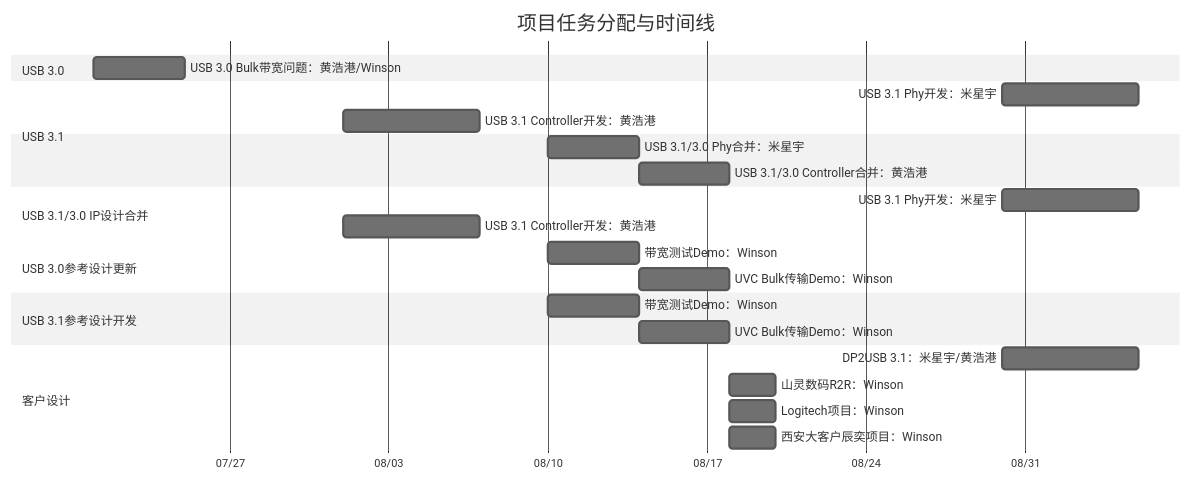
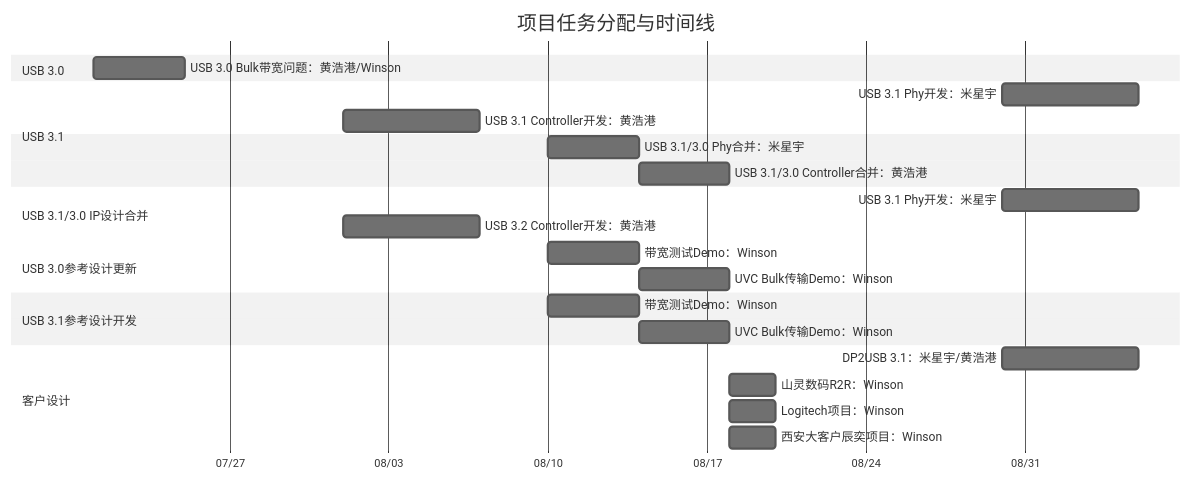
The diagram in all/未命名.md (winsonbook/iodraw-files), drawn with Mermaid (neutral theme) before and after one commit.

Commit message:
2025-07-21 10:07:55 update

````diff
--- a/all/未命名.md
+++ b/all/未命名.md
@@ -1,35 +1,35 @@
 ```mermaid
 gantt
     title 项目任务分配与时间线
     dateFormat  YYYY-MM-DD
     axisFormat  %m/%d
 
     section USB 3.0
     USB 3.0 Bulk带宽问题：黄浩港/Winson   :    task1, 2025-07-21, 4d
 
     section USB 3.1
     USB 3.1 Phy开发：米星宇      :         task2, 2025-08-30, 6d
     USB 3.1 Controller开发：黄浩港      :  task3, 2025-08-01, 6d
 
     section USB 3.1/3.0 IP设计合并
     USB 3.1/3.0 Phy合并：米星宇       :    task4, 2025-08-10, 4d
     USB 3.1/3.0 Controller合并：黄浩港:    task5, 2025-08-14, 4d
 
-        section USB 3.1
+    section USB 3.1
     USB 3.1 Phy开发：米星宇      :         task2, 2025-08-30, 6d
-    USB 3.1 Controller开发：黄浩港      :  task3, 2025-08-01, 6d
+    USB 3.2 Controller开发：黄浩港      :  task3, 2025-08-01, 6d
 
     section USB 3.0参考设计更新
     带宽测试Demo：Winson       :         task6, 2025-08-10, 4d
     UVC Bulk传输Demo：Winson   :        task7, 2025-08-14, 4d
 
     section USB 3.1参考设计开发
     带宽测试Demo：Winson       :         task8, 2025-08-10, 4d
     UVC Bulk传输Demo：Winson   :         task9, 2025-08-14, 4d
 
     section 客户设计
     DP2USB 3.1：米星宇/黄浩港      :task10, 2025-08-30, 6d
     山灵数码R2R：Winson :             task11, 2025-08-18, 2d
     Logitech项目：Winson :            task12, 2025-08-18, 2d
     西安大客户辰奕项目：Winson :       task13, 2025-08-18, 2d
 ```
````
